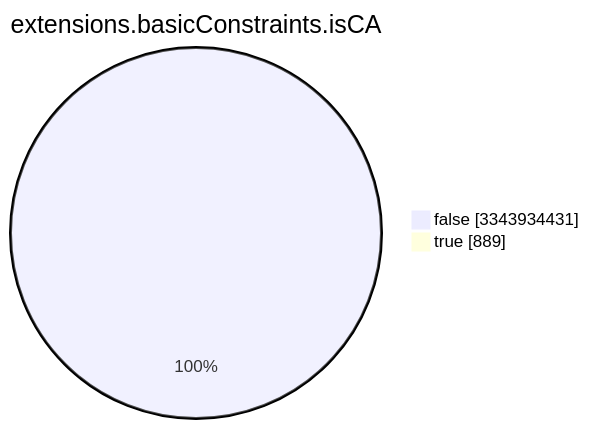
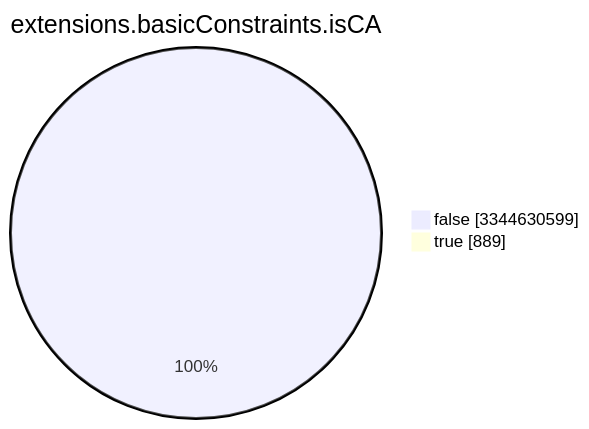
Before and after one commit to christiankrug/ctmonitor_visualization: the seventh of 15 diagrams in TOTAL/README.md, drawn with Mermaid. The commit also changed other lines of this file, not shown here.

````diff
--- a/TOTAL/README.md
+++ b/TOTAL/README.md
@@ -3089,6 +3089,6 @@
 ```mermaid
 pie showData
 title extensions.basicConstraints.isCA
-"false" :3343934431
+"false" :3344630599
 "true" :889
 ```
````
